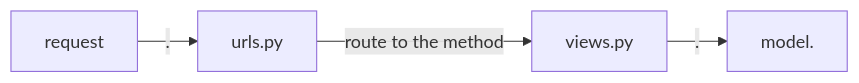
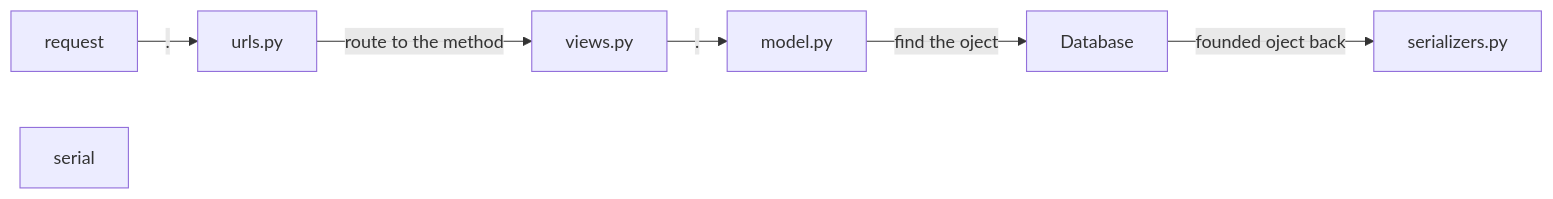
The second of 4 diagrams in Welcome file.md (LooDaHu/ARORA_General_-Introduction), drawn with Mermaid before and after one commit. The commit also changed other lines of this file, not shown here.

Commit message:
Welcome file.md updated from https://stackedit.io/

````diff
--- a/Welcome file.md
+++ b/Welcome file.md
@@ -159,6 +159,9 @@
 ```mermaid
 graph LR
 request -- . --> urls.py
 urls.py -- route to the method --> views.py
-views.py --.--> model.
+views.py -- . --> model.py
+model.py -- find the oject --> Database
+Database -- founded oject back --> serializers.py
+serial
 ```
````
